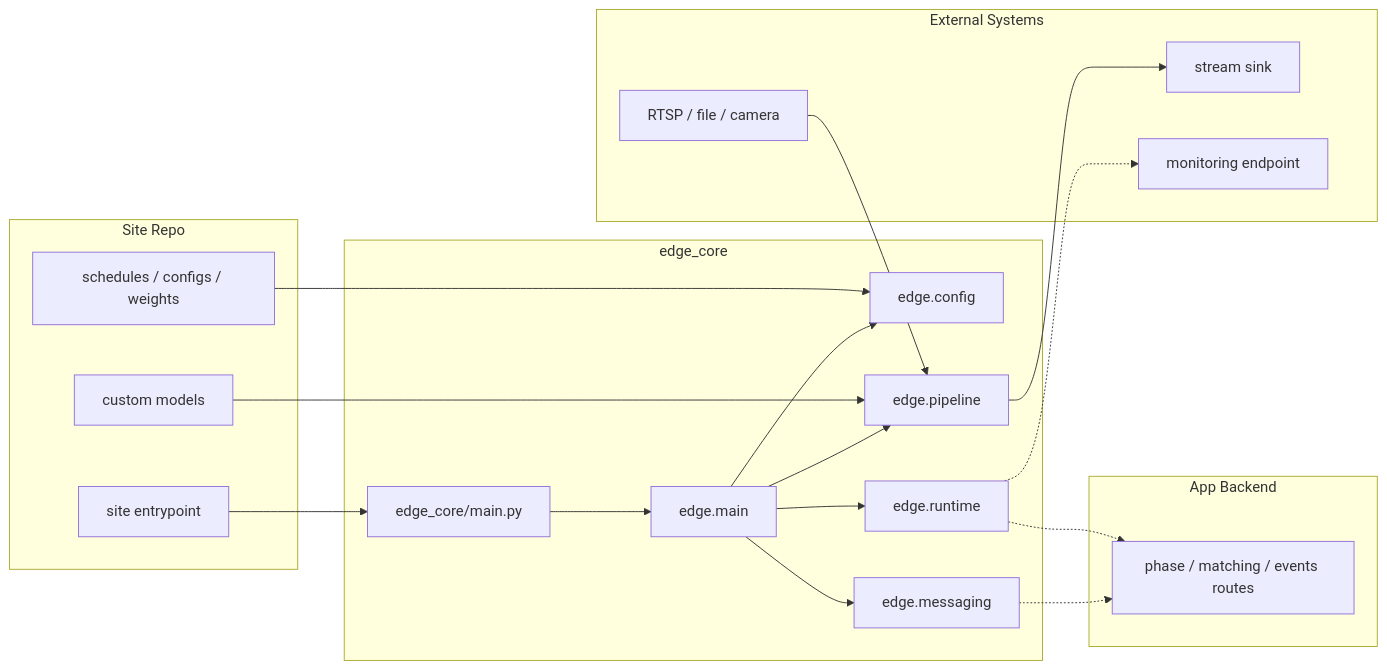
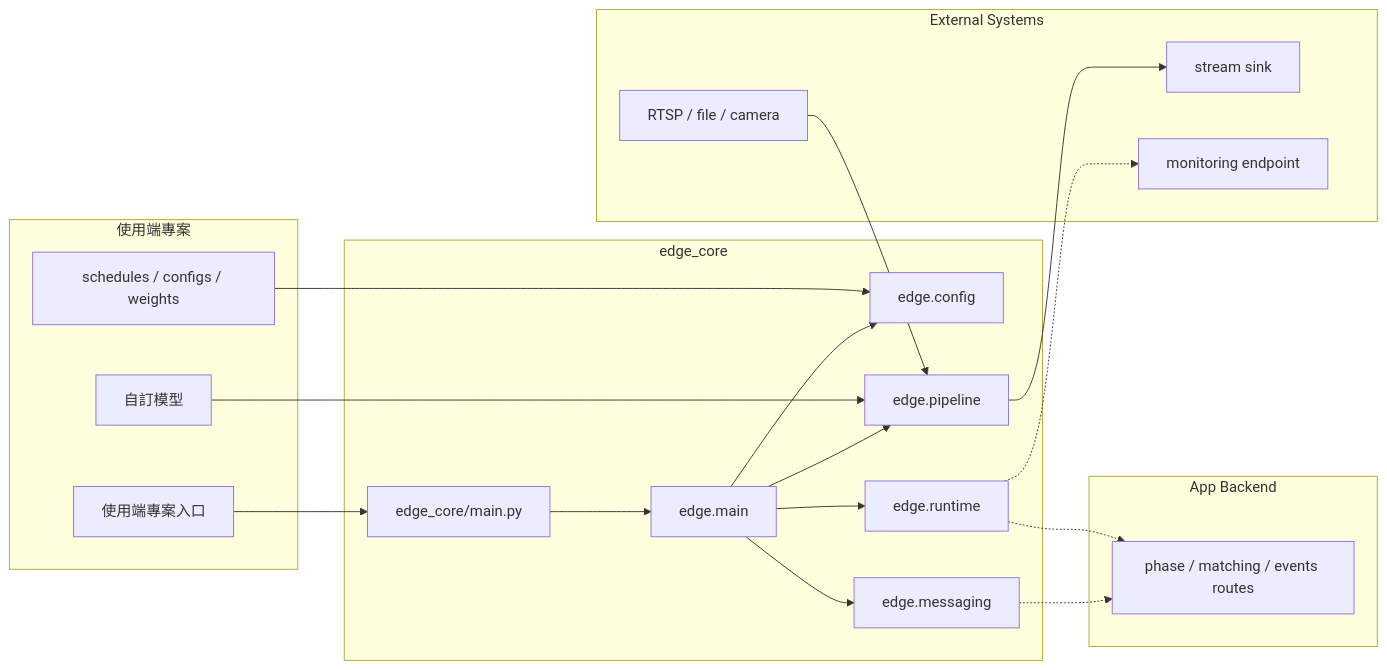
Before and after one commit to allenshie/edge_core: the diagram in docs/diagrams/repository-overview.mmd, drawn with Mermaid. The commit also changed 13 other files, not shown here.

```diff
--- a/docs/diagrams/repository-overview.mmd
+++ b/docs/diagrams/repository-overview.mmd
@@ -1,39 +1,39 @@
 graph LR
-    subgraph siteRepo["Site Repo"]
-        siteEntry["site entrypoint"]
+    subgraph siteRepo["使用端專案"]
+        siteEntry["使用端專案入口"]
         siteConfig["schedules / configs / weights"]
-        siteModels["custom models"]
+        siteModels["自訂模型"]
     end
 
     subgraph edgeCore["edge_core"]
         launcher["edge_core/main.py"]
         edgeMain["edge.main"]
         config["edge.config"]
         messaging["edge.messaging"]
         runtime["edge.runtime"]
         pipeline["edge.pipeline"]
     end
 
     subgraph appBackend["App Backend"]
         routeApi["phase / matching / events routes"]
     end
 
     subgraph externalSystems["External Systems"]
         camera["RTSP / file / camera"]
         streamSink["stream sink"]
         monitor["monitoring endpoint"]
     end
 
     siteEntry --> launcher
     siteConfig --> config
     siteModels --> pipeline
     launcher --> edgeMain
     edgeMain --> config
     edgeMain --> messaging
     edgeMain --> runtime
     edgeMain --> pipeline
     camera --> pipeline
     pipeline --> streamSink
     runtime -.-> routeApi
     messaging -.-> routeApi
     runtime -.-> monitor
```
